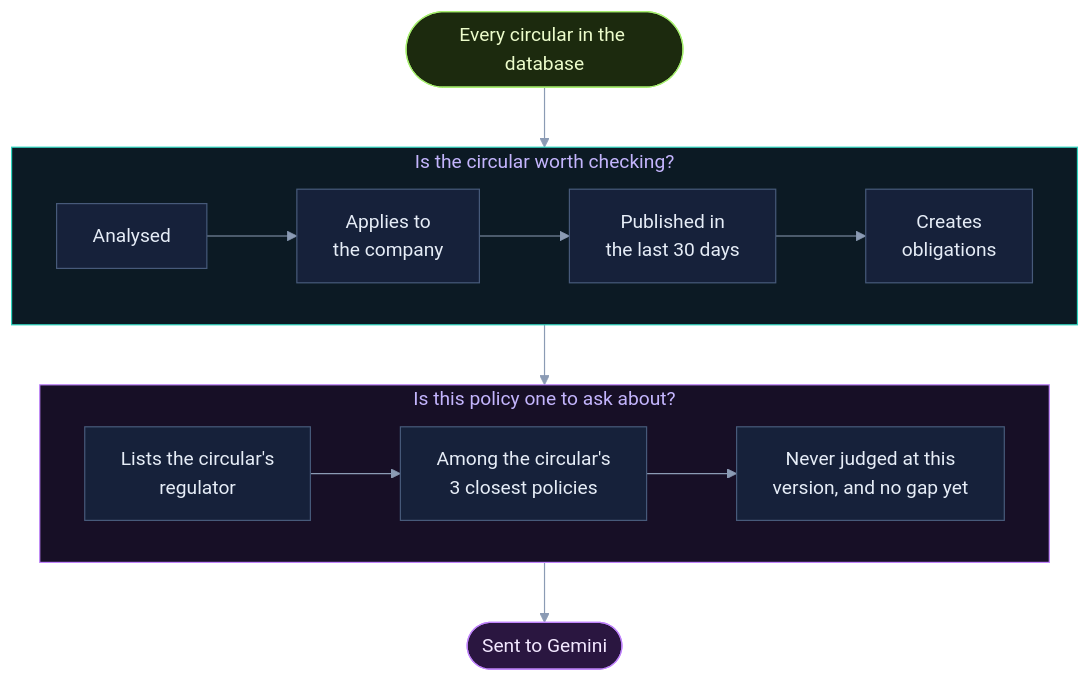
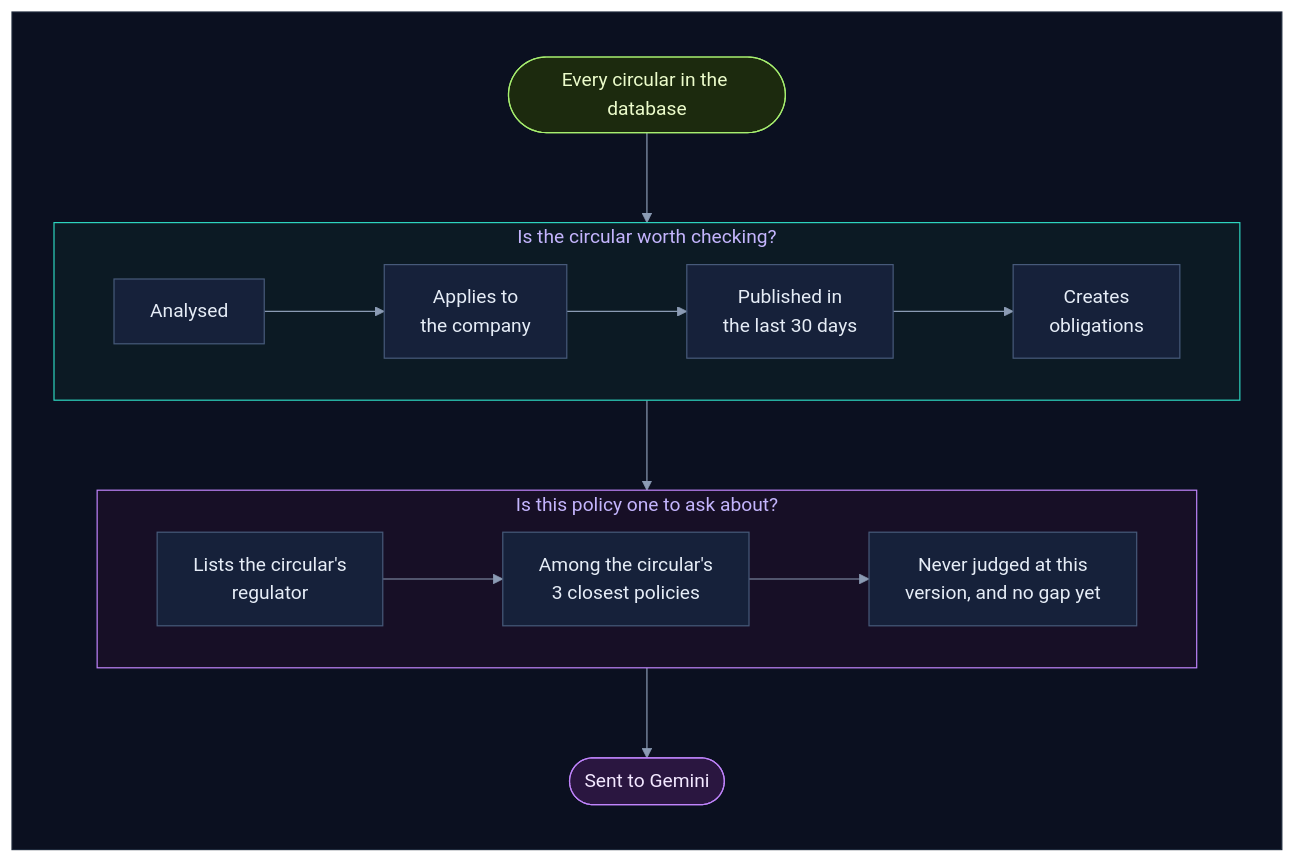
Diagram 11 of 21 in how_it_works.md (selvakumarperumal/Regulatory_Circular_Impact_Agent), drawn with Mermaid before and after one commit. The commit also changed other lines of this file and 1 other file, not shown here.

````diff
--- a/how_it_works.md
+++ b/how_it_works.md
@@ -622,29 +661,33 @@
 ```mermaid
-%%{init: {"theme": "base", "themeVariables": {"darkMode": true, "primaryColor": "#16213a", "primaryTextColor": "#e6edf7", "primaryBorderColor": "#475a7a", "lineColor": "#8b9bb4", "secondaryColor": "#1b2436", "tertiaryColor": "#101a2e", "edgeLabelBackground": "#0f172a", "textColor": "#e2e8f0", "clusterBkg": "#0f1728", "clusterBorder": "#2b3a55", "titleColor": "#c4b5fd", "nodeTextColor": "#e6edf7"}}}%%
+%%{init: {"theme": "base", "flowchart": {"diagramPadding": 0}, "themeVariables": {"darkMode": true, "primaryColor": "#16213a", "primaryTextColor": "#e6edf7", "primaryBorderColor": "#475a7a", "lineColor": "#8b9bb4", "secondaryColor": "#1b2436", "tertiaryColor": "#101a2e", "edgeLabelBackground": "#0f172a", "textColor": "#e2e8f0", "clusterBkg": "#0f1728", "clusterBorder": "#2b3a55", "titleColor": "#c4b5fd", "nodeTextColor": "#e6edf7"}}}%%
 flowchart TD
-    all(["Every circular in the database"]) --> row1
-    subgraph row1["Is the circular worth checking?"]
-        direction LR
-        a["Analysed"] --> b["Applies to<br/>the company"] --> c["Published in<br/>the last 30 days"] --> d["Creates<br/>obligations"]
+    subgraph canvas[" "]
+        direction TB
+        all(["Every circular in the database"]) --> row1
+        subgraph row1["Is the circular worth checking?"]
+            direction LR
+            a["Analysed"] --> b["Applies to<br/>the company"] --> c["Published in<br/>the last 30 days"] --> d["Creates<br/>obligations"]
+        end
+        row1 --> row2
+        subgraph row2["Is this policy one to ask about?"]
+            direction LR
+            e["Lists the circular's<br/>regulator"] --> f["Among the circular's<br/>3 closest policies"] --> g["Never judged at this<br/>version, and no gap yet"]
+        end
+        row2 --> ask(["Sent to Gemini"])
     end
-    row1 --> row2
-    subgraph row2["Is this policy one to ask about?"]
-        direction LR
-        e["Lists the circular's<br/>regulator"] --> f["Among the circular's<br/>3 closest policies"] --> g["Never judged at this<br/>version, and no gap yet"]
-    end
-    row2 --> ask(["Sent to Gemini"])
 
     classDef svc fill:#0e2a2c,stroke:#2dd4bf,color:#ccfbf1
     classDef data fill:#1c1a47,stroke:#818cf8,color:#e0e7ff
     classDef ext fill:#2a1640,stroke:#c084fc,color:#f3e8ff
     classDef gpu fill:#2d1b0c,stroke:#fb923c,color:#ffedd5
     classDef ask fill:#2a2410,stroke:#fbbf24,color:#fef3c7
     classDef ok fill:#0b2a1c,stroke:#34d399,color:#d1fae5
     classDef bad fill:#2e0f17,stroke:#fb7185,color:#ffe4e6
     classDef start fill:#1c2a0e,stroke:#a7ef6f,color:#ecfccb
     classDef muted fill:#1a2130,stroke:#64748b,color:#cbd5e1
     class all start
     class ask ext
     style row1 fill:#0c1a24,stroke:#2dd4bf
     style row2 fill:#170f26,stroke:#c084fc
+    style canvas fill:#0b1020,stroke:#1e293b,color:#0b1020
 ```
````
